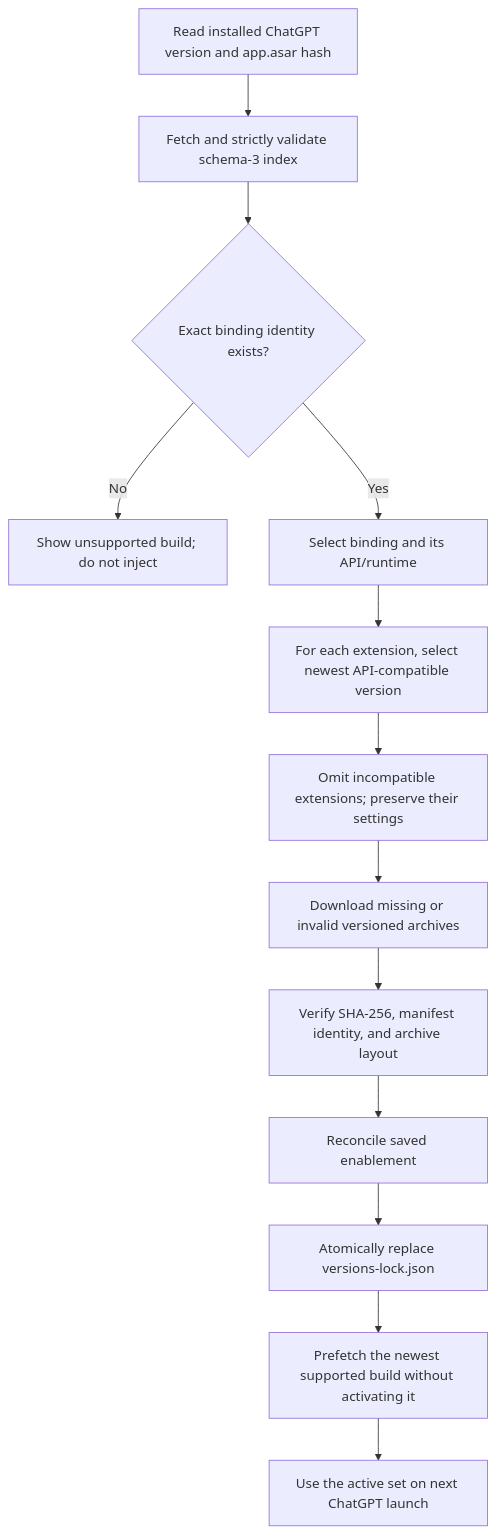
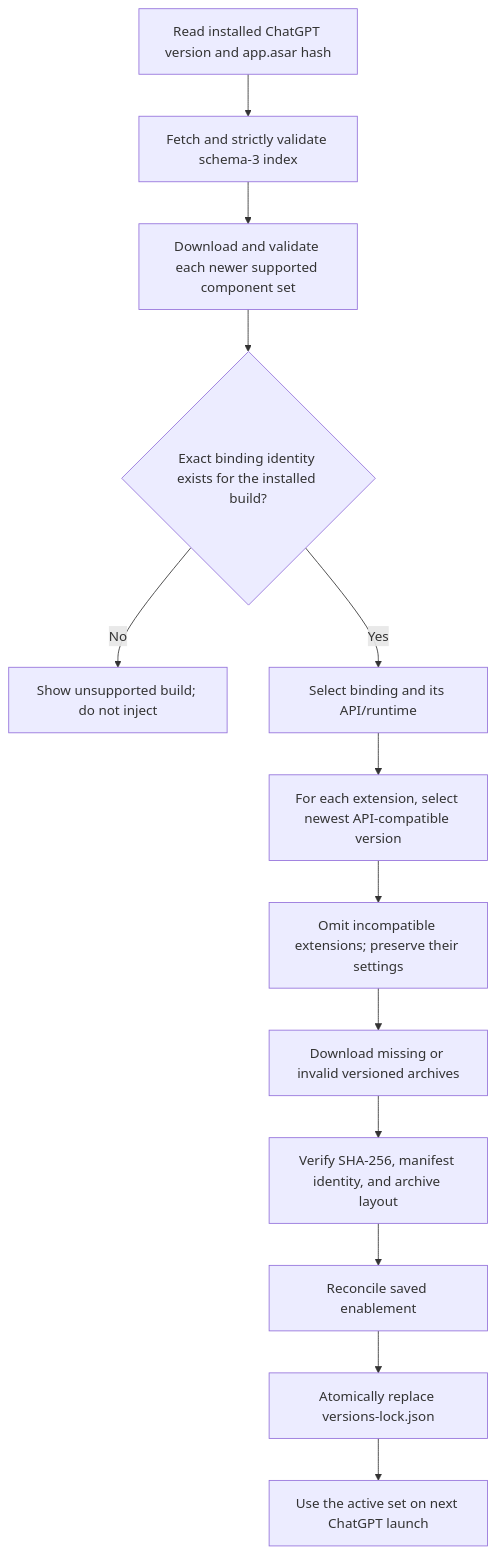
The first of 2 diagrams in docs/component-updates.md (zats/chat-gpt-x), drawn with Mermaid before and after one commit. The commit also changed other lines of this file and 6 other files, not shown here.

Commit message:
Make ChatGPT update recovery exact

````diff
--- a/docs/component-updates.md
+++ b/docs/component-updates.md
@@ -167,15 +171,15 @@
 ```mermaid
 flowchart TD
     A["Read installed ChatGPT version and app.asar hash"] --> B["Fetch and strictly validate schema-3 index"]
-    B --> C{"Exact binding identity exists?"}
+    B --> P["Download and validate each newer supported component set"]
+    P --> C{"Exact binding identity exists for the installed build?"}
     C -- "No" --> U["Show unsupported build; do not inject"]
     C -- "Yes" --> D["Select binding and its API/runtime"]
     D --> E["For each extension, select newest API-compatible version"]
     E --> F["Omit incompatible extensions; preserve their settings"]
     F --> G["Download missing or invalid versioned archives"]
     G --> H["Verify SHA-256, manifest identity, and archive layout"]
     H --> I["Reconcile saved enablement"]
     I --> J["Atomically replace versions-lock.json"]
-    J --> K["Prefetch the newest supported build without activating it"]
-    K --> L["Use the active set on next ChatGPT launch"]
+    J --> L["Use the active set on next ChatGPT launch"]
 ```
````
